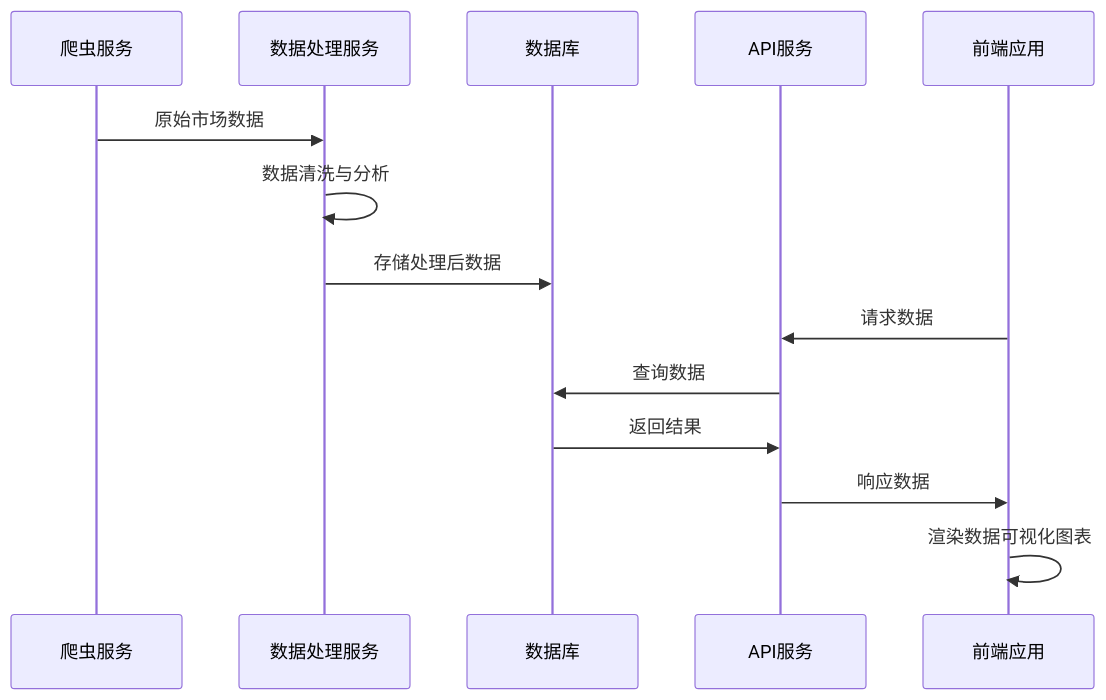
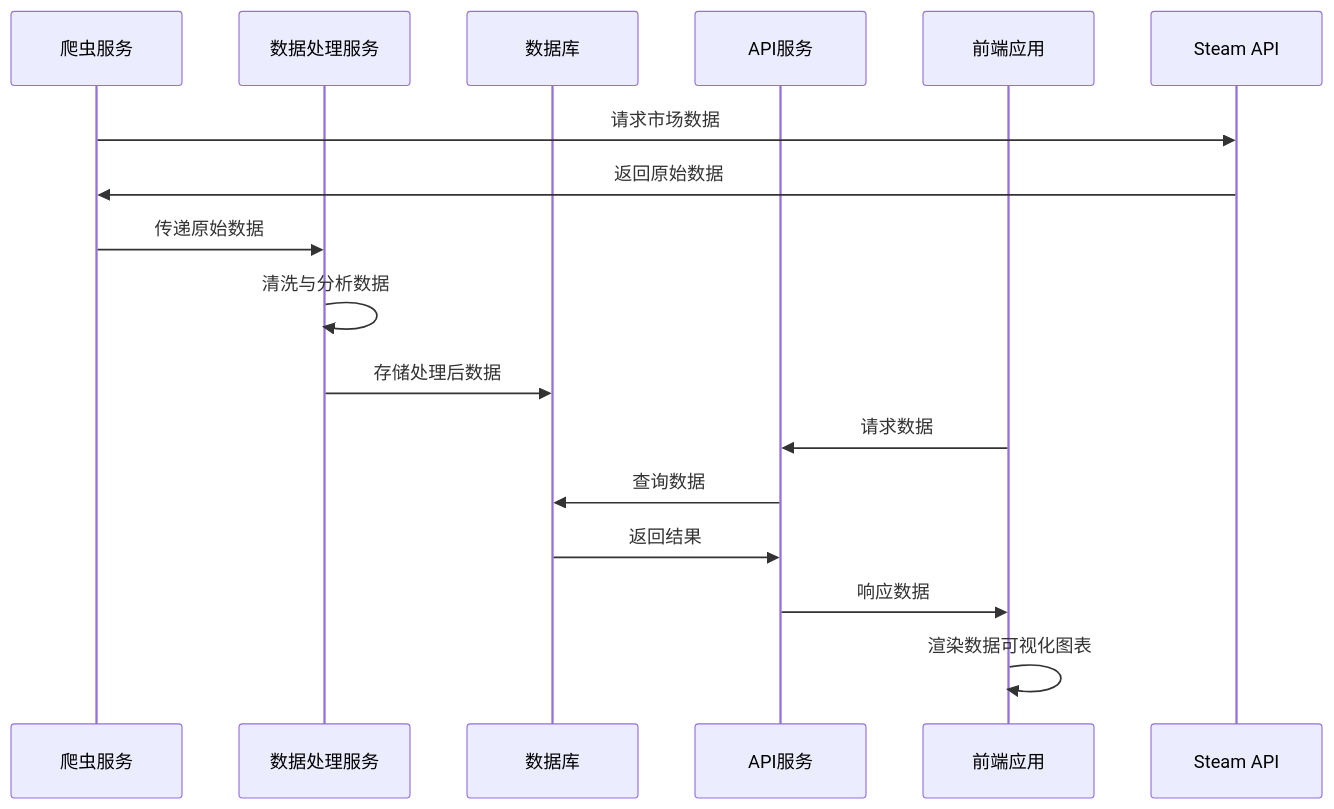
The second of 9 diagrams in README.md (DavidHLP/CSGOSkinMetrics), drawn with Mermaid before and after one commit. The commit also changed other lines of this file and 3 other files, not shown here.

````diff
--- a/README.md
+++ b/README.md
@@ -51,17 +71,19 @@
 ```mermaid
 sequenceDiagram
     participant 爬虫服务
     participant 数据处理服务
     participant 数据库
     participant API服务
     participant 前端应用
-    
-    爬虫服务->>数据处理服务: 原始市场数据
-    数据处理服务->>数据处理服务: 数据清洗与分析
+
+    爬虫服务->>Steam API: 请求市场数据
+    Steam API->>爬虫服务: 返回原始数据
+    爬虫服务->>数据处理服务: 传递原始数据
+    数据处理服务->>数据处理服务: 清洗与分析数据
     数据处理服务->>数据库: 存储处理后数据
     前端应用->>API服务: 请求数据
     API服务->>数据库: 查询数据
     数据库->>API服务: 返回结果
     API服务->>前端应用: 响应数据
     前端应用->>前端应用: 渲染数据可视化图表
 ```
````
